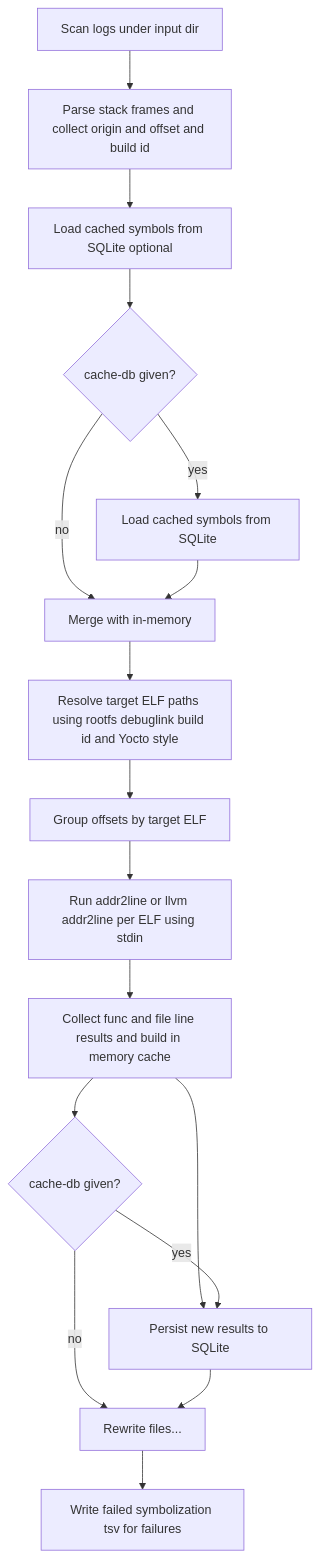
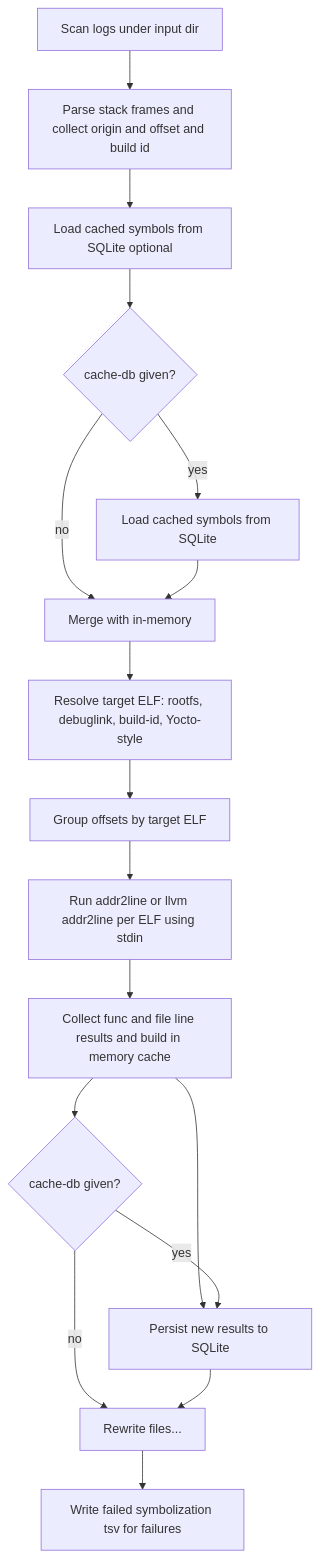
One commit to juitem/qms changed the first of 2 diagrams in README.md. Above: the diagram before and after it, drawn with Mermaid. The commit also changed other lines of this file, not shown here.

````diff
--- a/README.md
+++ b/README.md
@@ -84,17 +84,17 @@
 ```mermaid
 flowchart TD
   A[Scan logs under input dir] --> B[Parse stack frames and collect origin and offset and build id]
   B --> C[Load cached symbols from SQLite optional]
   C --> C1{cache-db given?}
   C1 -->|no| D[Use in-memory cache only]
   C1 -->|yes| C2[Load cached symbols from SQLite] --> D[Merge with in-memory]
-  D --> E[Resolve target ELF paths using rootfs debuglink build id and Yocto style]
+  D --> E[Resolve target ELF: rootfs, debuglink, build-id, Yocto-style]
   E --> F[Group offsets by target ELF]
   F --> G[Run addr2line or llvm addr2line per ELF using stdin]
   G --> H[Collect func and file line results and build in memory cache]
   H --> I[Persist new results to SQLite optional]
   H --> H1{cache-db given?}
   H1 -->|no| J[Rewrite files...]
   H1 -->|yes| I[Persist new results to SQLite] --> J[Rewrite files...]
   J --> K[Write failed symbolization tsv for failures]
 ```
````
